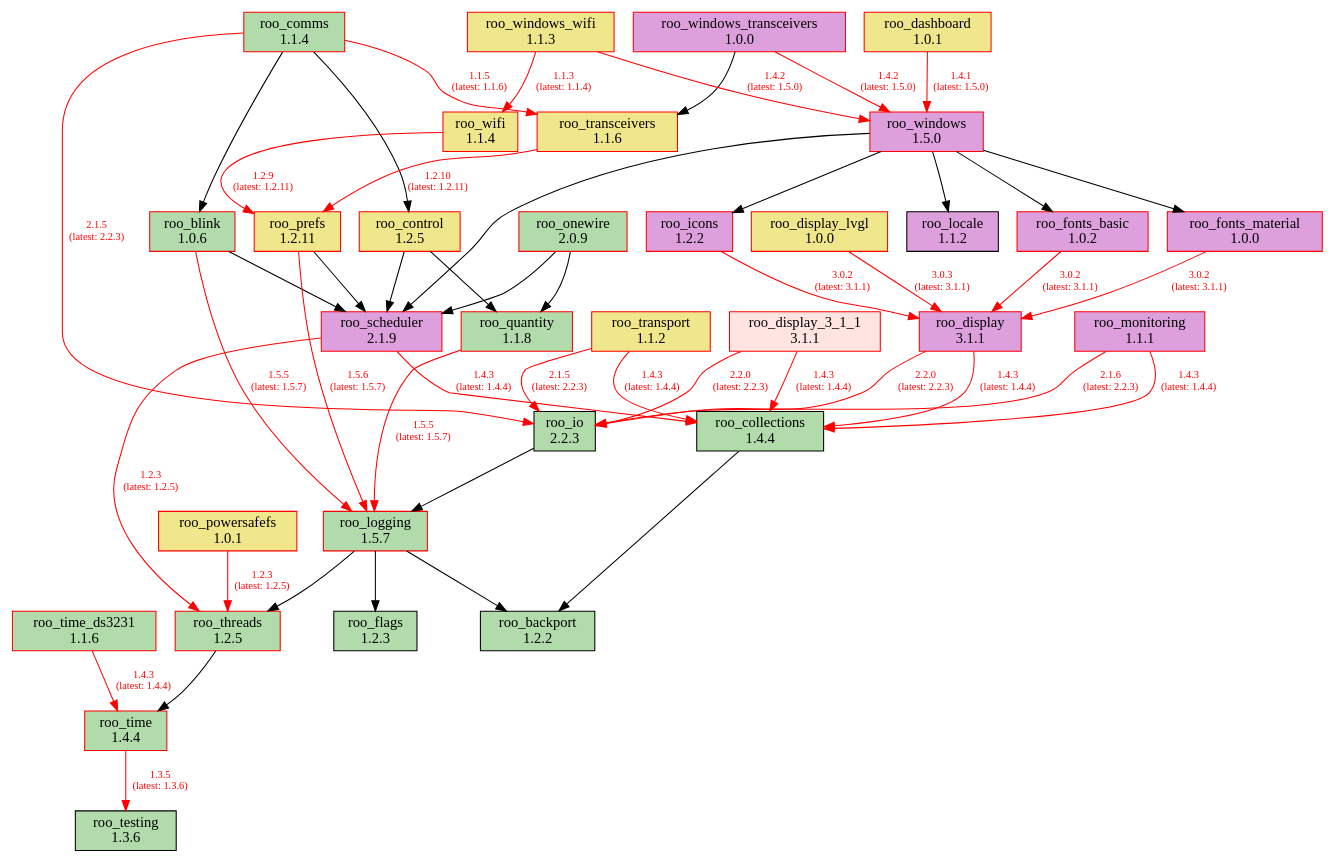
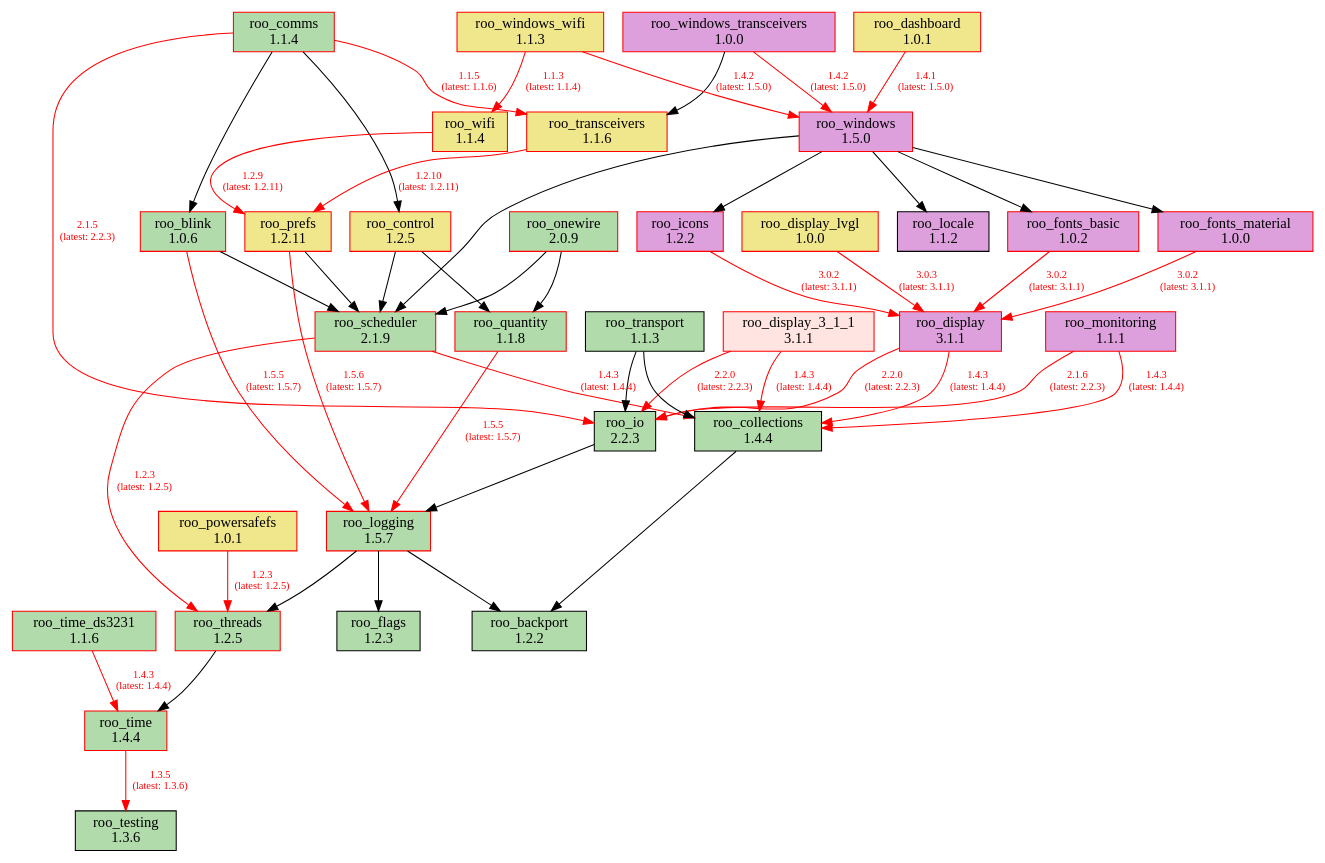
One commit to dejwk/roo-registry changed the diagram in doc/dependencies.dot. Above: the diagram before and after it, drawn with Graphviz. The commit also changed 3 other files, not shown here.

Commit message:
Added roo_transport 1.1.3 to the registry.

```diff
--- a/doc/dependencies.dot
+++ b/doc/dependencies.dot
@@ -1,89 +1,89 @@
 digraph dependencies {
     rankdir=TB;
     node [shape=box, style=filled];
     edge [fontsize=10];
 
     // Modules
     "roo_backport" [label="roo_backport\n1.2.2", fillcolor="#b1dbab", color="black"];
     "roo_blink" [label="roo_blink\n1.0.6", fillcolor="#b1dbab", color="red"];
     "roo_collections" [label="roo_collections\n1.4.4", fillcolor="#b1dbab", color="black"];
     "roo_comms" [label="roo_comms\n1.1.4", fillcolor="#b1dbab", color="red"];
     "roo_control" [label="roo_control\n1.2.5", fillcolor="khaki", color="red"];
     "roo_dashboard" [label="roo_dashboard\n1.0.1", fillcolor="khaki", color="red"];
     "roo_display" [label="roo_display\n3.1.1", fillcolor="plum", color="red"];
     "roo_display_3_1_1" [label="roo_display_3_1_1\n3.1.1", fillcolor="mistyrose", color="red"];
     "roo_display_lvgl" [label="roo_display_lvgl\n1.0.0", fillcolor="khaki", color="red"];
     "roo_flags" [label="roo_flags\n1.2.3", fillcolor="#b1dbab", color="black"];
     "roo_fonts_basic" [label="roo_fonts_basic\n1.0.2", fillcolor="plum", color="red"];
     "roo_fonts_material" [label="roo_fonts_material\n1.0.0", fillcolor="plum", color="red"];
     "roo_icons" [label="roo_icons\n1.2.2", fillcolor="plum", color="red"];
     "roo_io" [label="roo_io\n2.2.3", fillcolor="#b1dbab", color="black"];
     "roo_locale" [label="roo_locale\n1.1.2", fillcolor="plum", color="black"];
     "roo_logging" [label="roo_logging\n1.5.7", fillcolor="#b1dbab", color="red"];
     "roo_monitoring" [label="roo_monitoring\n1.1.1", fillcolor="plum", color="red"];
     "roo_onewire" [label="roo_onewire\n2.0.9", fillcolor="#b1dbab", color="red"];
     "roo_powersafefs" [label="roo_powersafefs\n1.0.1", fillcolor="khaki", color="red"];
     "roo_prefs" [label="roo_prefs\n1.2.11", fillcolor="khaki", color="red"];
     "roo_quantity" [label="roo_quantity\n1.1.8", fillcolor="#b1dbab", color="red"];
-    "roo_scheduler" [label="roo_scheduler\n2.1.9", fillcolor="plum", color="red"];
+    "roo_scheduler" [label="roo_scheduler\n2.1.9", fillcolor="#b1dbab", color="red"];
     "roo_testing" [label="roo_testing\n1.3.6", fillcolor="#b1dbab", color="black"];
     "roo_threads" [label="roo_threads\n1.2.5", fillcolor="#b1dbab", color="red"];
     "roo_time" [label="roo_time\n1.4.4", fillcolor="#b1dbab", color="red"];
     "roo_time_ds3231" [label="roo_time_ds3231\n1.1.6", fillcolor="#b1dbab", color="red"];
     "roo_transceivers" [label="roo_transceivers\n1.1.6", fillcolor="khaki", color="red"];
-    "roo_transport" [label="roo_transport\n1.1.2", fillcolor="khaki", color="red"];
+    "roo_transport" [label="roo_transport\n1.1.3", fillcolor="#b1dbab", color="black"];
     "roo_wifi" [label="roo_wifi\n1.1.4", fillcolor="khaki", color="red"];
     "roo_windows" [label="roo_windows\n1.5.0", fillcolor="plum", color="red"];
     "roo_windows_transceivers" [label="roo_windows_transceivers\n1.0.0", fillcolor="plum", color="red"];
     "roo_windows_wifi" [label="roo_windows_wifi\n1.1.3", fillcolor="khaki", color="red"];
 
     // Dependencies
     "roo_blink" -> "roo_logging" [color=red, fontcolor=red, label="1.5.5\n(latest: 1.5.7)"];
     "roo_blink" -> "roo_scheduler";
     "roo_collections" -> "roo_backport";
     "roo_comms" -> "roo_blink";
     "roo_comms" -> "roo_control";
     "roo_comms" -> "roo_io" [color=red, fontcolor=red, label="2.1.5\n(latest: 2.2.3)"];
     "roo_comms" -> "roo_transceivers" [color=red, fontcolor=red, label="1.1.5\n(latest: 1.1.6)"];
     "roo_control" -> "roo_quantity";
     "roo_control" -> "roo_scheduler";
     "roo_dashboard" -> "roo_windows" [color=red, fontcolor=red, label="1.4.1\n(latest: 1.5.0)"];
     "roo_display" -> "roo_collections" [color=red, fontcolor=red, label="1.4.3\n(latest: 1.4.4)"];
     "roo_display" -> "roo_io" [color=red, fontcolor=red, label="2.2.0\n(latest: 2.2.3)"];
     "roo_display_3_1_1" -> "roo_collections" [color=red, fontcolor=red, label="1.4.3\n(latest: 1.4.4)"];
     "roo_display_3_1_1" -> "roo_io" [color=red, fontcolor=red, label="2.2.0\n(latest: 2.2.3)"];
     "roo_display_lvgl" -> "roo_display" [color=red, fontcolor=red, label="3.0.3\n(latest: 3.1.1)"];
     "roo_fonts_basic" -> "roo_display" [color=red, fontcolor=red, label="3.0.2\n(latest: 3.1.1)"];
     "roo_fonts_material" -> "roo_display" [color=red, fontcolor=red, label="3.0.2\n(latest: 3.1.1)"];
     "roo_icons" -> "roo_display" [color=red, fontcolor=red, label="3.0.2\n(latest: 3.1.1)"];
     "roo_io" -> "roo_logging";
     "roo_logging" -> "roo_backport";
     "roo_logging" -> "roo_flags";
     "roo_logging" -> "roo_threads";
     "roo_monitoring" -> "roo_collections" [color=red, fontcolor=red, label="1.4.3\n(latest: 1.4.4)"];
     "roo_monitoring" -> "roo_io" [color=red, fontcolor=red, label="2.1.6\n(latest: 2.2.3)"];
     "roo_onewire" -> "roo_scheduler";
     "roo_onewire" -> "roo_quantity";
     "roo_powersafefs" -> "roo_threads" [color=red, fontcolor=red, label="1.2.3\n(latest: 1.2.5)"];
     "roo_prefs" -> "roo_logging" [color=red, fontcolor=red, label="1.5.6\n(latest: 1.5.7)"];
     "roo_prefs" -> "roo_scheduler";
     "roo_quantity" -> "roo_logging" [color=red, fontcolor=red, label="1.5.5\n(latest: 1.5.7)"];
     "roo_scheduler" -> "roo_collections" [color=red, fontcolor=red, label="1.4.3\n(latest: 1.4.4)"];
     "roo_scheduler" -> "roo_threads" [color=red, fontcolor=red, label="1.2.3\n(latest: 1.2.5)"];
     "roo_threads" -> "roo_time";
     "roo_time" -> "roo_testing" [color=red, fontcolor=red, label="1.3.5\n(latest: 1.3.6)"];
     "roo_time_ds3231" -> "roo_time" [color=red, fontcolor=red, label="1.4.3\n(latest: 1.4.4)"];
     "roo_transceivers" -> "roo_prefs" [color=red, fontcolor=red, label="1.2.10\n(latest: 1.2.11)"];
-    "roo_transport" -> "roo_collections" [color=red, fontcolor=red, label="1.4.3\n(latest: 1.4.4)"];
-    "roo_transport" -> "roo_io" [color=red, fontcolor=red, label="2.1.5\n(latest: 2.2.3)"];
+    "roo_transport" -> "roo_collections";
+    "roo_transport" -> "roo_io";
     "roo_wifi" -> "roo_prefs" [color=red, fontcolor=red, label="1.2.9\n(latest: 1.2.11)"];
     "roo_windows" -> "roo_fonts_basic";
     "roo_windows" -> "roo_fonts_material";
     "roo_windows" -> "roo_locale";
     "roo_windows" -> "roo_icons";
     "roo_windows" -> "roo_scheduler";
     "roo_windows_transceivers" -> "roo_transceivers";
     "roo_windows_transceivers" -> "roo_windows" [color=red, fontcolor=red, label="1.4.2\n(latest: 1.5.0)"];
     "roo_windows_wifi" -> "roo_wifi" [color=red, fontcolor=red, label="1.1.3\n(latest: 1.1.4)"];
     "roo_windows_wifi" -> "roo_windows" [color=red, fontcolor=red, label="1.4.2\n(latest: 1.5.0)"];
 }
```
